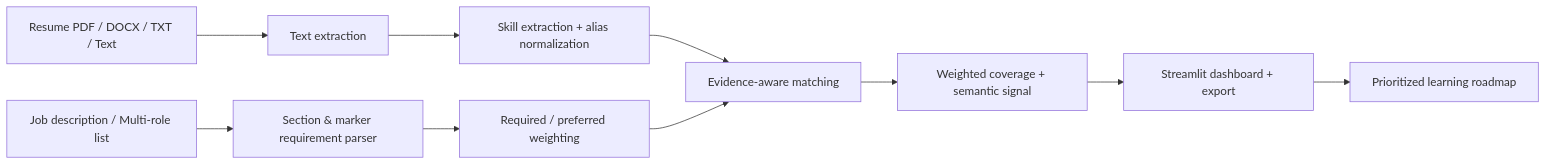
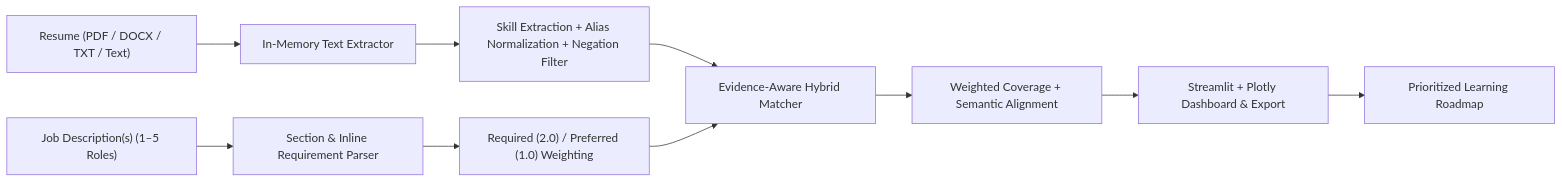
The diagram in README.md (playlikeboy/resume-job-matching-skill-gap-analyzer), drawn with Mermaid before and after one commit. The commit also changed other lines of this file and 3 other files, not shown here.

````diff
--- a/README.md
+++ b/README.md
@@ -26,12 +42,12 @@
 ```mermaid
 flowchart LR
-  A[Resume PDF / DOCX / TXT / Text] --> B[Text extraction]
-  C[Job description / Multi-role list] --> D[Section & marker requirement parser]
-  B --> E[Skill extraction + alias normalization]
-  D --> F[Required / preferred weighting]
-  E --> G[Evidence-aware matching]
+  A["Resume (PDF / DOCX / TXT / Text)"] --> B["In-Memory Text Extractor"]
+  C["Job Description(s) (1–5 Roles)"] --> D["Section & Inline Requirement Parser"]
+  B --> E["Skill Extraction + Alias Normalization + Negation Filter"]
+  D --> F["Required (2.0) / Preferred (1.0) Weighting"]
+  E --> G["Evidence-Aware Hybrid Matcher"]
   F --> G
-  G --> H[Weighted coverage + semantic signal]
-  H --> I[Streamlit dashboard + export]
-  I --> J[Prioritized learning roadmap]
+  G --> H["Weighted Coverage + Semantic Alignment"]
+  H --> I["Streamlit + Plotly Dashboard & Export"]
+  I --> J["Prioritized Learning Roadmap"]
 ```
````
